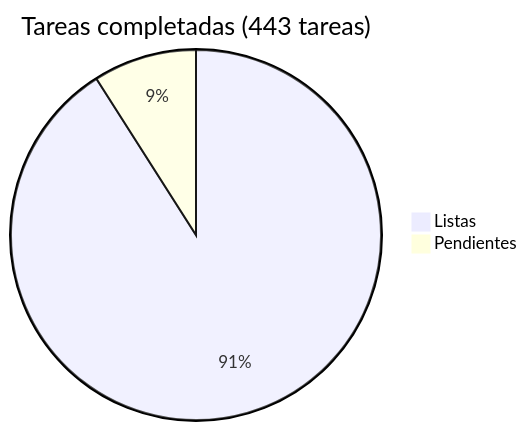
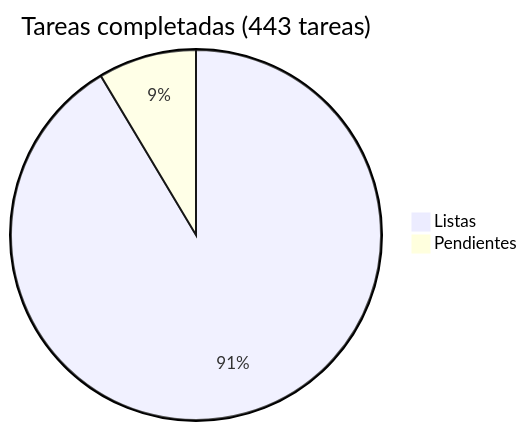
Before and after one commit to araguaney-lat/araguaney: the diagram in docs/roadmap/README.md, drawn with Mermaid. The commit also changed other lines of this file and 17 other files, not shown here.

````diff
--- a/docs/roadmap/README.md
+++ b/docs/roadmap/README.md
@@ -5,5 +5,5 @@
 ```mermaid
 pie title Tareas completadas (443 tareas)
-    "Listas" : 403
-    "Pendientes" : 40
+    "Listas" : 405
+    "Pendientes" : 38
 ```
````
